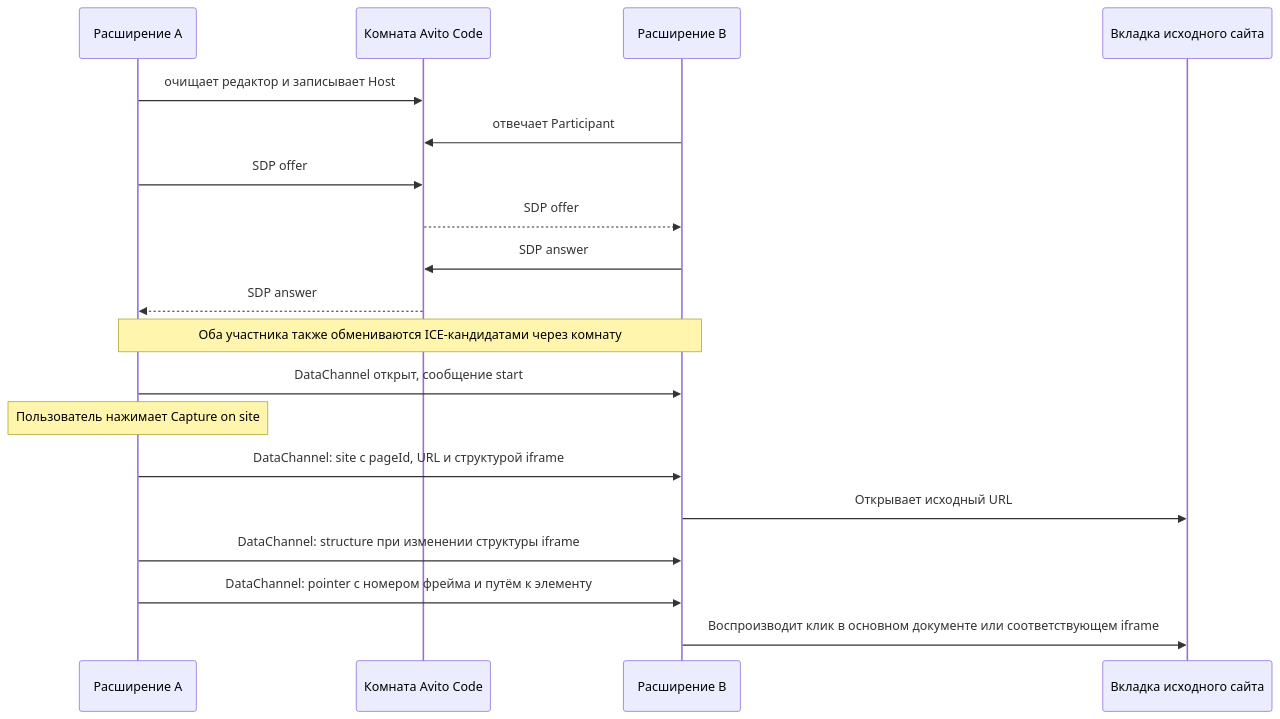
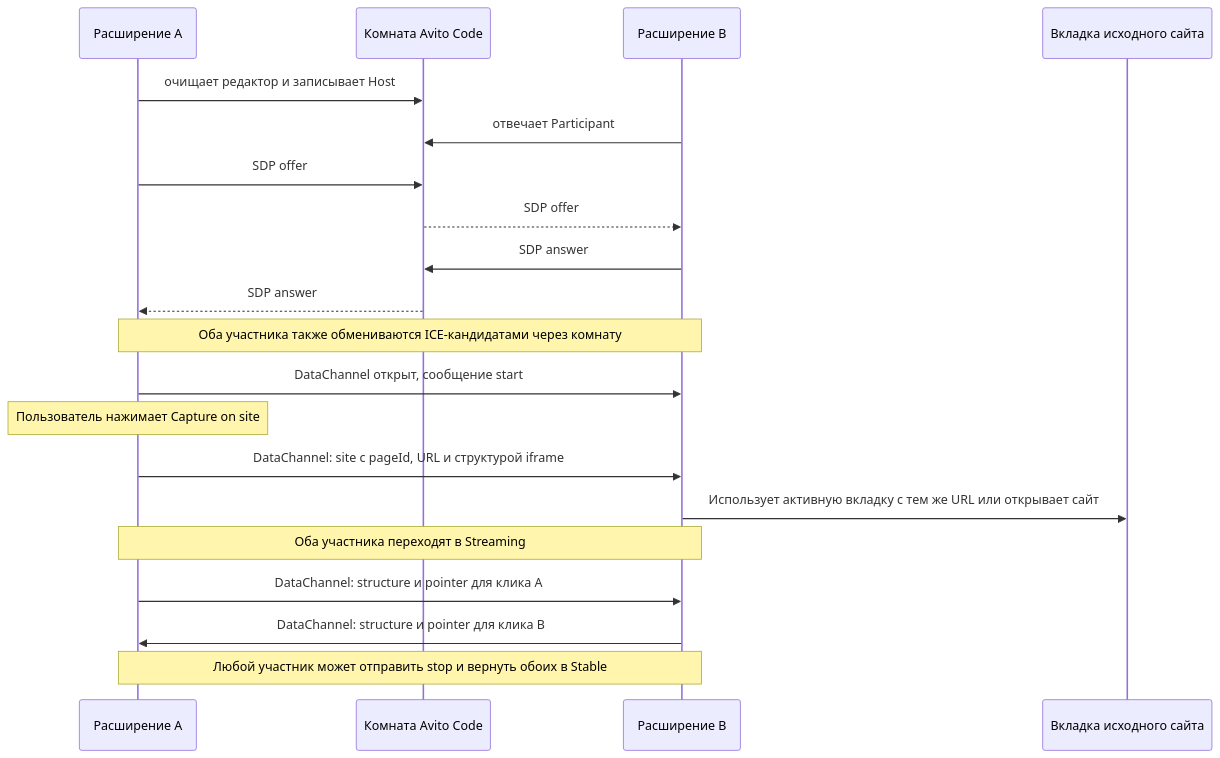
The diagram in README.md (MrPaperMoon/ScriptCapture), drawn with Mermaid before and after one commit. The commit also changed other lines of this file and 7 other files, not shown here.

````diff
--- a/README.md
+++ b/README.md
@@ -14,22 +14,23 @@
 ```mermaid
 sequenceDiagram
     participant A as Расширение A
     participant R as Комната Avito Code
     participant B as Расширение B
     participant V as Вкладка исходного сайта
 
     A->>R: очищает редактор и записывает Host
     B->>R: отвечает Participant
     A->>R: SDP offer
     R-->>B: SDP offer
     B->>R: SDP answer
     R-->>A: SDP answer
     Note over A,B: Оба участника также обмениваются ICE-кандидатами через комнату
     A->>B: DataChannel открыт, сообщение start
     Note over A: Пользователь нажимает Capture on site
     A->>B: DataChannel: site с pageId, URL и структурой iframe
-    B->>V: Открывает исходный URL
-    A->>B: DataChannel: structure при изменении структуры iframe
-    A->>B: DataChannel: pointer с номером фрейма и путём к элементу
-    B->>V: Воспроизводит клик в основном документе или соответствующем iframe
+    B->>V: Использует активную вкладку с тем же URL или открывает сайт
+    Note over A,B: Оба участника переходят в Streaming
+    A->>B: DataChannel: structure и pointer для клика A
+    B->>A: DataChannel: structure и pointer для клика B
+    Note over A,B: Любой участник может отправить stop и вернуть обоих в Stable
 ```
````
